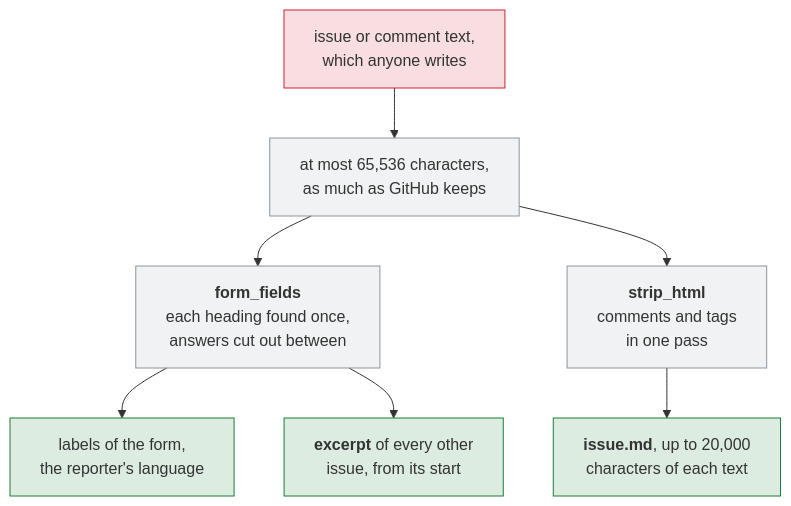
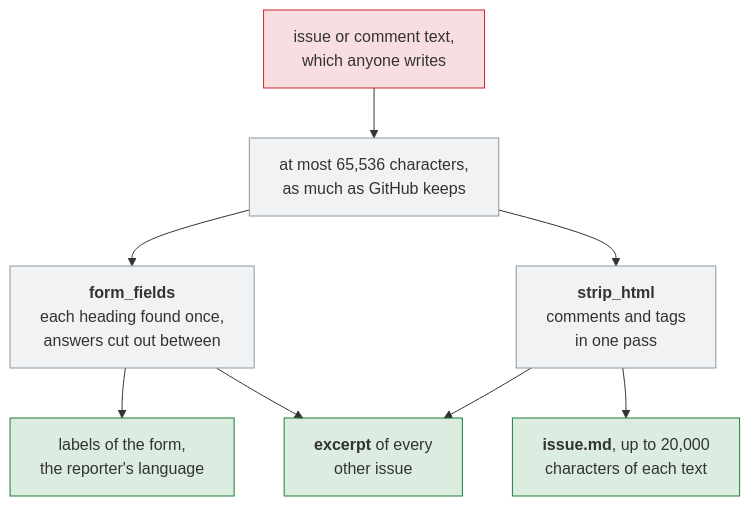
One commit to Dennis-Otto/issue-assistant changed the third of 3 diagrams in docs/architecture.md. Above: the diagram before and after it, drawn with Mermaid. The commit also changed other lines of this file and 6 other files, not shown here.

First line of the commit message:
fix(security): hide only what GitHub hides, and read whole excerpts

````diff
--- a/docs/architecture.md
+++ b/docs/architecture.md
@@ -94,17 +94,18 @@
 ```mermaid
 flowchart TB
   accTitle: How the assistant reads the text of an issue
-  accDescr: The text of an issue or a comment, which anyone can write, is read up to GitHub's 65,536 characters. The answers of a form are cut out between their headings, which are found once; HTML comments and tags go in one pass. From that come the labels of the form and the reporter's language, an excerpt of each other issue from the start of its text, and issue.md with up to 20,000 characters of each text.
+  accDescr: The text of an issue or a comment, which anyone can write, is read up to GitHub's 65,536 characters. The answers of a form are cut out between their headings, which are found once; HTML comments and tags go in one pass. From that come the labels of the form and the reporter's language, an excerpt of each other issue, and issue.md with up to 20,000 characters of each text.
   text["issue or comment text,<br/>which anyone writes"] --> cap["at most 65,536 characters,<br/>as much as GitHub keeps"]
   cap --> forms["<b>form_fields</b><br/>each heading found once,<br/>answers cut out between"]
   cap --> html["<b>strip_html</b><br/>comments and tags<br/>in one pass"]
   forms --> event["labels of the form,<br/>the reporter's language"]
-  forms --> excerpt["<b>excerpt</b> of every other<br/>issue, from its start"]
+  forms --> excerpt["<b>excerpt</b> of every<br/>other issue"]
+  html --> excerpt
   html --> issue["<b>issue.md</b>, up to 20,000<br/>characters of each text"]
   classDef untrusted fill:#cf222e26,stroke:#cf222e
   classDef job fill:#8c959f1f,stroke:#8c959f
   classDef safe fill:#1a7f3726,stroke:#1a7f37
   class text untrusted
   class cap,forms,html job
   class event,excerpt,issue safe
 ```
````
